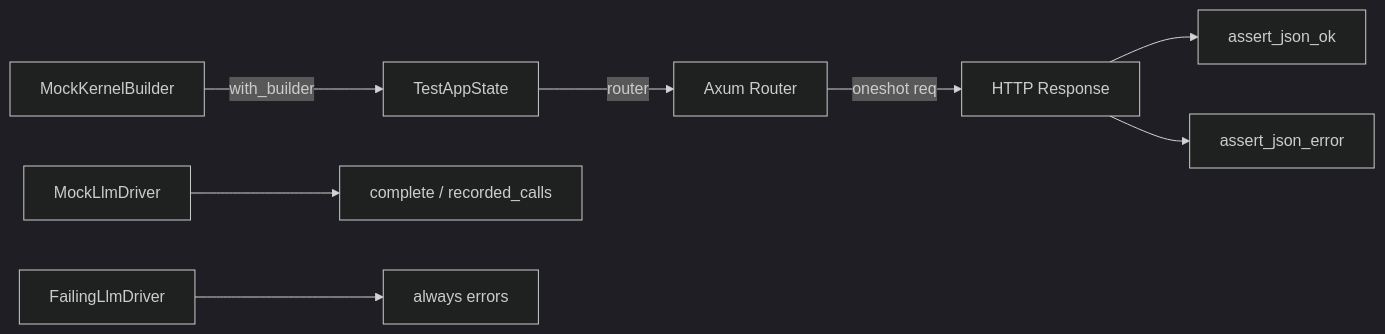
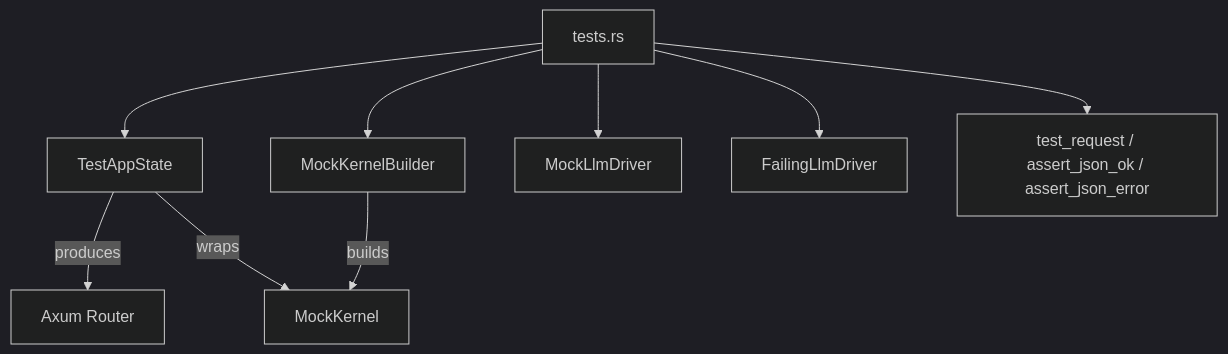
The diagram in other-librefang-testing-src.md (leszek3737/librefang-WIki), drawn with Mermaid (dark theme) before and after one commit. The commit also changed other lines of this file and 70 other files, not shown here.

````diff
--- a/other-librefang-testing-src.md
+++ b/other-librefang-testing-src.md
@@ -17,10 +16,11 @@
 ```mermaid
-graph LR
-    A[TestAppState] -->|router| B[Axum Router]
-    B -->|oneshot req| C[HTTP Response]
-    C --> D[assert_json_ok]
-    C --> E[assert_json_error]
-    F[MockKernelBuilder] -->|with_builder| A
-    G[MockLlmDriver] --> H[complete / recorded_calls]
-    I[FailingLlmDriver] --> J[always errors]
+graph TD
+    tests_rs[tests.rs] --> TestAppState
+    tests_rs --> MockKernelBuilder
+    tests_rs --> MockLlmDriver
+    tests_rs --> FailingLlmDriver
+    tests_rs --> helpers[test_request / assert_json_ok / assert_json_error]
+    TestAppState -->|produces| Router[Axum Router]
+    TestAppState -->|wraps| Kernel[MockKernel]
+    MockKernelBuilder -->|builds| Kernel
 ```
````
